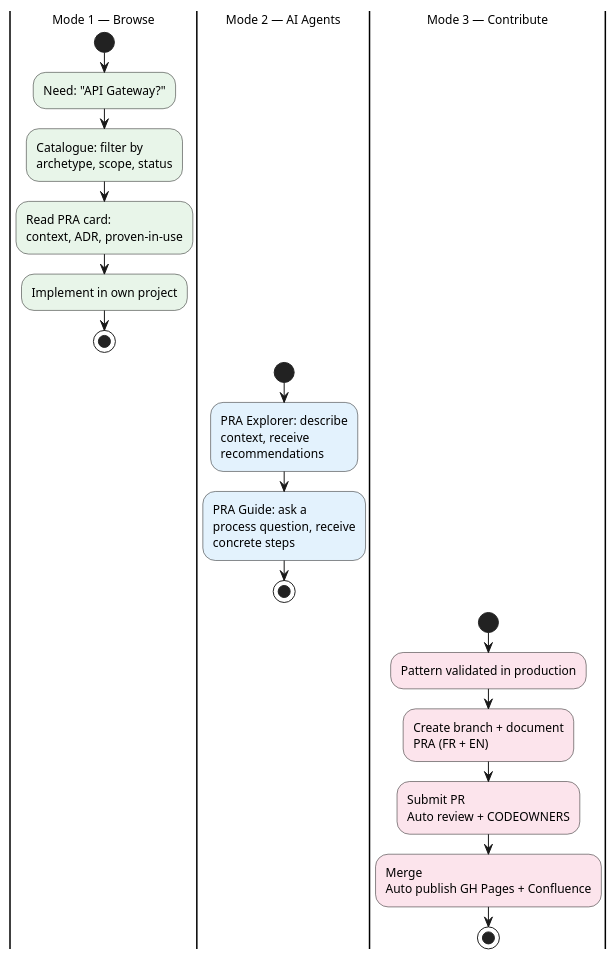
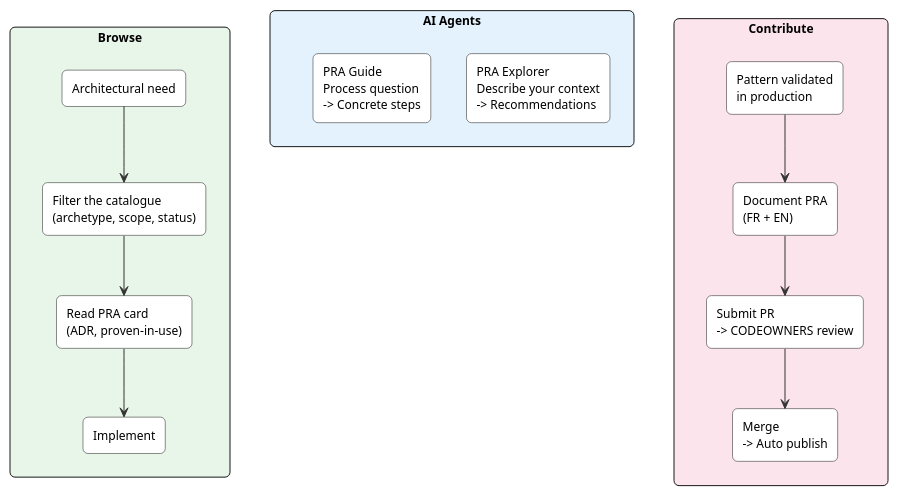
The second of 7 diagrams in content/pras/en/overview.adoc (KiyaliHQ/proven-reusable-architecture), drawn with PlantUML before and after one commit. The commit also changed other lines of this file and 1 other file, not shown here.

First line of the commit message:
fix: improve PlantUML diagrams for stakeholder presentation

```diff
--- a/content/pras/en/overview.adoc
+++ b/content/pras/en/overview.adoc
@@ -66,38 +55,39 @@
 [plantuml]
 ----
 @startuml
 skinparam backgroundColor transparent
+skinparam defaultFontName "Segoe UI"
 skinparam defaultFontSize 12
+skinparam shadowing false
+skinparam roundCorner 10
+skinparam ArrowColor #333333
 
-|Mode 1 — Browse|
-start
-#e8f5e9:Need: "API Gateway?";
-#e8f5e9:Catalogue: filter by
-archetype, scope, status;
-#e8f5e9:Read PRA card:
-context, ADR, proven-in-use;
-#e8f5e9:Implement in own project;
-stop
+rectangle "Browse" as c1 #e8f5e9 {
+  rectangle "Architectural need" as c1a #ffffff
+  rectangle "Filter the catalogue\n(archetype, scope, status)" as c1b #ffffff
+  rectangle "Read PRA card\n(ADR, proven-in-use)" as c1c #ffffff
+  rectangle "Implement" as c1d #ffffff
+  c1a -down-> c1b
+  c1b -down-> c1c
+  c1c -down-> c1d
+}
 
-|Mode 2 — AI Agents|
-start
-#e3f2fd:PRA Explorer: describe
-context, receive
-recommendations;
-#e3f2fd:PRA Guide: ask a
-process question, receive
-concrete steps;
-stop
+rectangle "AI Agents" as c2 #e3f2fd {
+  rectangle "PRA Explorer\nDescribe your context\n-> Recommendations" as c2a #ffffff
+  rectangle "PRA Guide\nProcess question\n-> Concrete steps" as c2b #ffffff
+}
 
-|Mode 3 — Contribute|
-start
-#fce4ec:Pattern validated in production;
-#fce4ec:Create branch + document
-PRA (FR + EN);
-#fce4ec:Submit PR
-Auto review + CODEOWNERS;
-#fce4ec:Merge
-Auto publish GH Pages + Confluence;
-stop
+rectangle "Contribute" as c3 #fce4ec {
+  rectangle "Pattern validated\nin production" as c3a #ffffff
+  rectangle "Document PRA\n(FR + EN)" as c3b #ffffff
+  rectangle "Submit PR\n-> CODEOWNERS review" as c3c #ffffff
+  rectangle "Merge\n-> Auto publish" as c3d #ffffff
+  c3a -down-> c3b
+  c3b -down-> c3c
+  c3c -down-> c3d
+}
+
+c1 -[hidden]right-> c2
+c2 -[hidden]right-> c3
 @enduml
 ----
```
